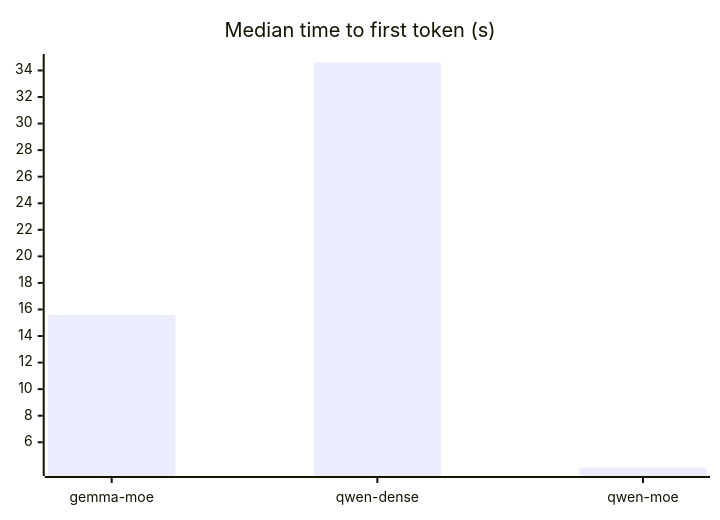
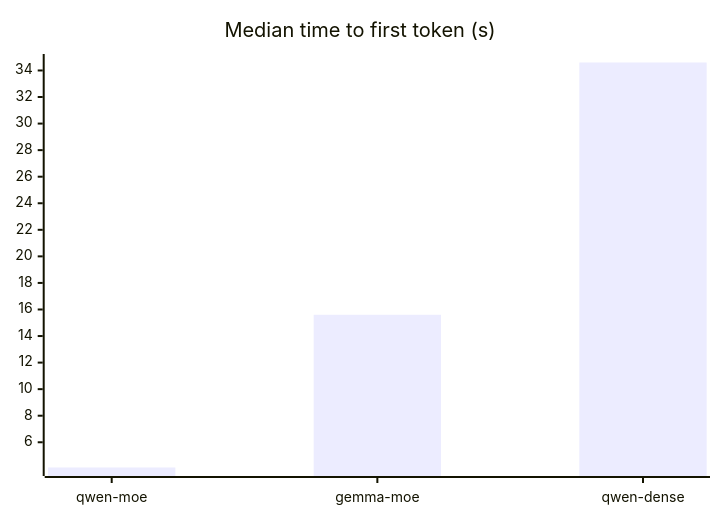
One commit to aarora79/meru changed the third of 3 diagrams in docs/benchmarks/results.md. Above: the diagram before and after it, drawn with Mermaid. The commit also changed other lines of this file and 3 other files, not shown here.

First line of the commit message:
Sort the benchmark charts best first

````diff
--- a/docs/benchmarks/results.md
+++ b/docs/benchmarks/results.md
@@ -50,6 +50,6 @@
 ```mermaid
 xychart-beta
     title "Median time to first token (s)"
-    x-axis ["gemma-moe", "qwen-dense", "qwen-moe"]
-    bar [15.6, 34.6, 4.1]
+    x-axis ["qwen-moe", "gemma-moe", "qwen-dense"]
+    bar [4.1, 15.6, 34.6]
 ```
````
